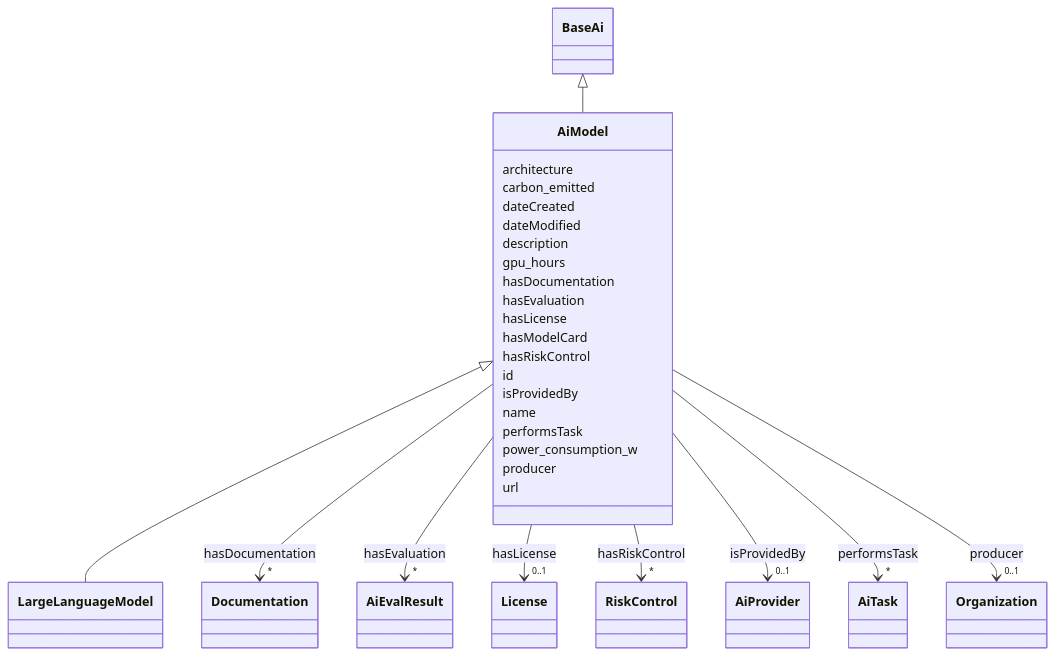
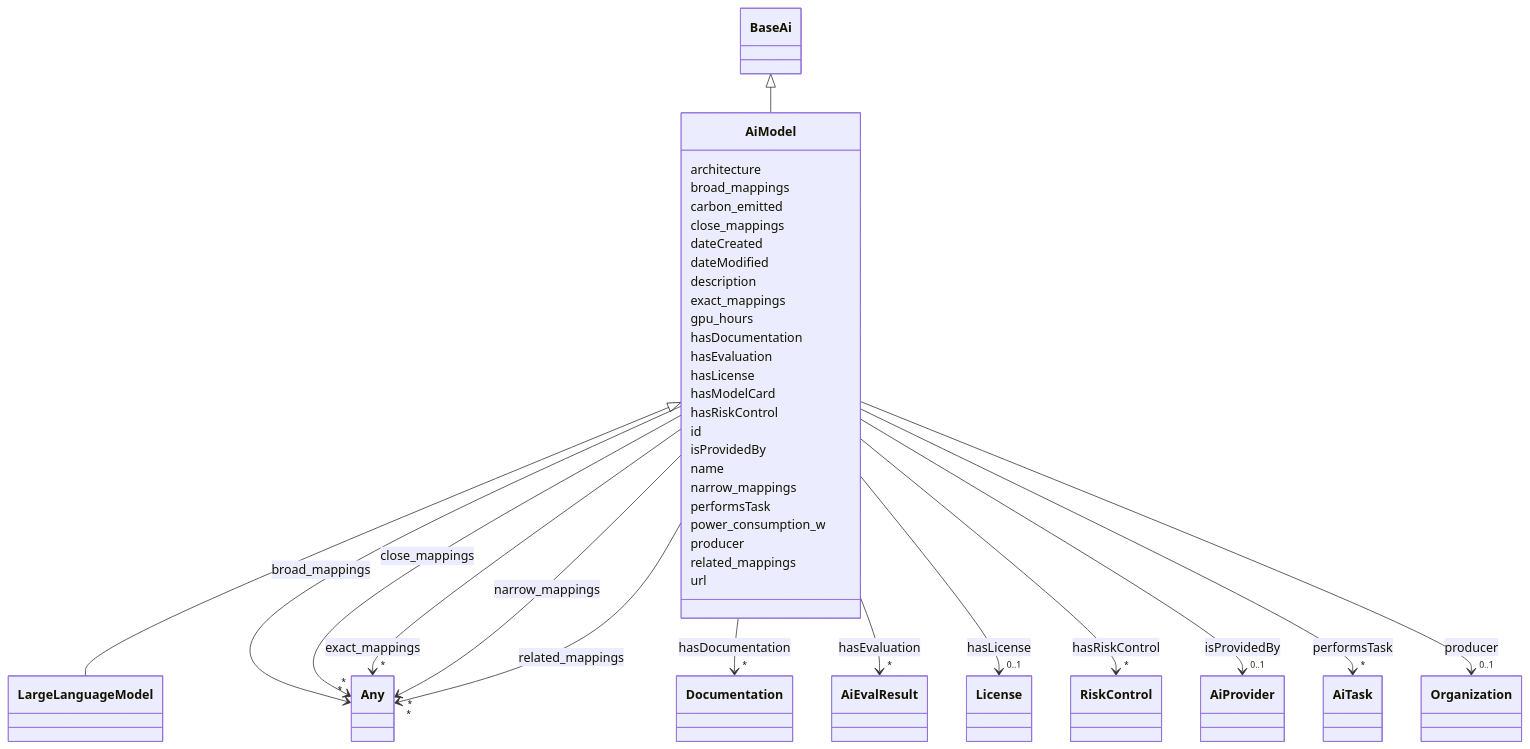
Before and after one commit to ingelise/risk-atlas-nexus: the diagram in docs/ontology/AiModel.md, drawn with Mermaid. The commit also changed other lines of this file and 180 other files, not shown here.

```diff
--- a/docs/ontology/AiModel.md
+++ b/docs/ontology/AiModel.md
@@ -29,13 +29,46 @@
 
       AiModel : architecture
 
+      AiModel : broad_mappings
+
+
+
+
+
+        AiModel --> "*" Any : broad_mappings
+        click Any href "../Any/"
+
+
+
       AiModel : carbon_emitted
+
+      AiModel : close_mappings
+
+
+
+
+
+        AiModel --> "*" Any : close_mappings
+        click Any href "../Any/"
+
+
 
       AiModel : dateCreated
 
       AiModel : dateModified
 
       AiModel : description
+
+      AiModel : exact_mappings
+
+
+
+
+
+        AiModel --> "*" Any : exact_mappings
+        click Any href "../Any/"
+
+
 
       AiModel : gpu_hours
 
@@ -100,6 +133,17 @@
 
       AiModel : name
 
+      AiModel : narrow_mappings
+
+
+
+
+
+        AiModel --> "*" Any : narrow_mappings
+        click Any href "../Any/"
+
+
+
       AiModel : performsTask
 
 
@@ -124,6 +168,17 @@
 
 
 
+      AiModel : related_mappings
+
+
+
+
+
+        AiModel --> "*" Any : related_mappings
+        click Any href "../Any/"
+
+
+
       AiModel : url
 
 
```
